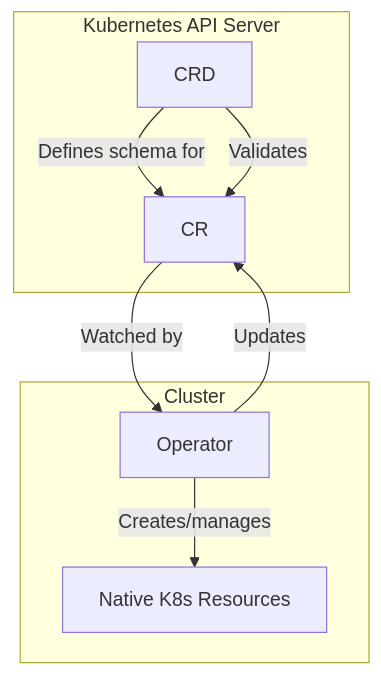
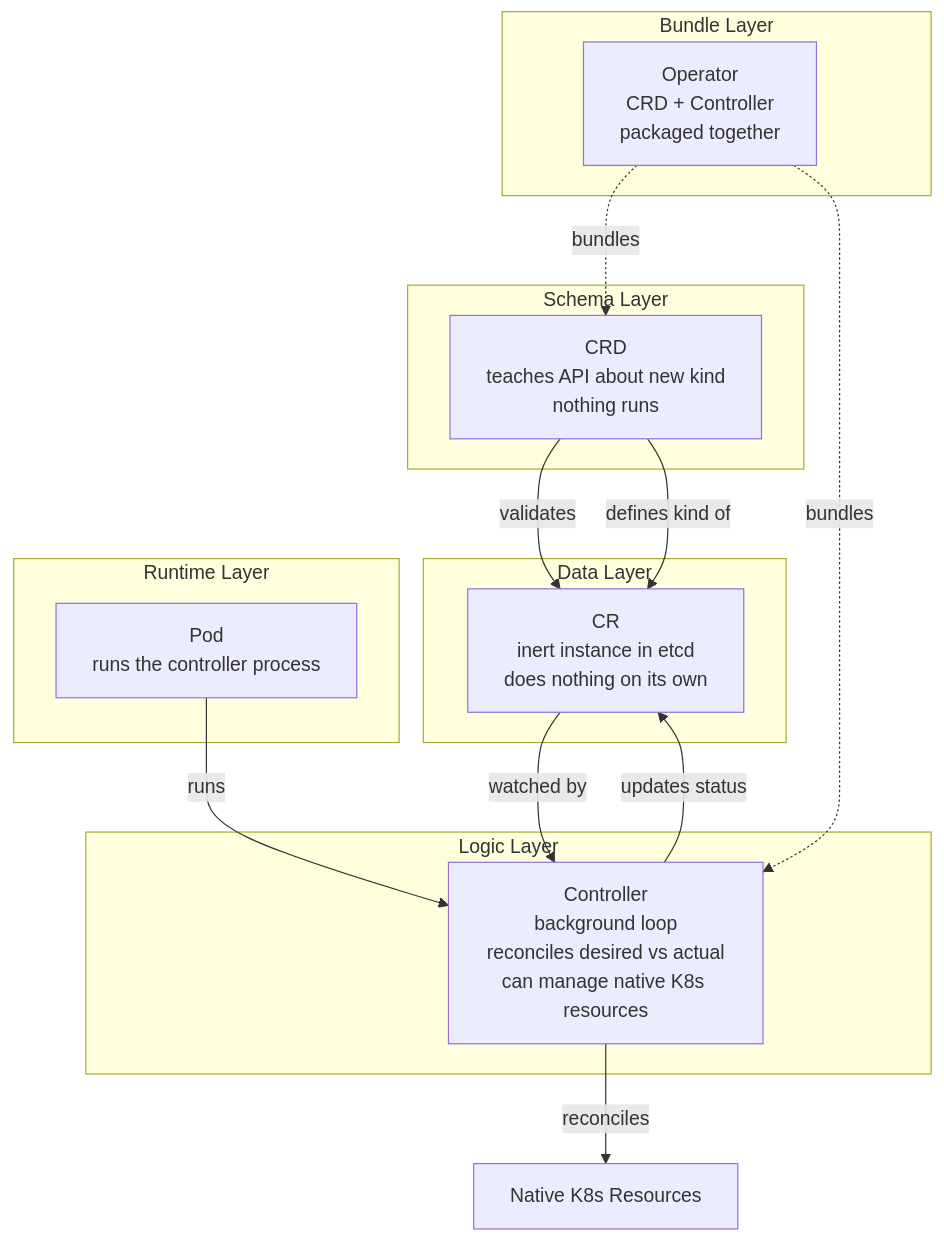
One commit to MattiaFanan/k8s-notes changed the diagram in 12-crds-operators/2-mechanics/04-relationship.md. Above: the diagram before and after it, drawn with Mermaid. The commit also changed other lines of this file and 8 other files, not shown here.

````diff
--- a/12-crds-operators/2-mechanics/04-relationship.md
+++ b/12-crds-operators/2-mechanics/04-relationship.md
@@ -65,18 +42,31 @@
 ```mermaid
 flowchart TD
-    A[CRD] -->|Defines schema for| B[CR]
-    B -->|Watched by| C[Operator]
-    C -->|Creates/manages| D[Native K8s Resources]
-    C -->|Updates| B
-    A -->|Validates| B
-
-    subgraph "Kubernetes API Server"
-        A
-        B
+    subgraph "Schema Layer"
+        CRD[CRD<br/>teaches API about new kind<br/>nothing runs]
     end
 
-    subgraph "Cluster"
-        C
-        D
+    subgraph "Data Layer"
+        CR[CR<br/>inert instance in etcd<br/>does nothing on its own]
     end
+
+    subgraph "Logic Layer"
+        CTRL[Controller<br/>background loop<br/>reconciles desired vs actual<br/>can manage native K8s resources]
+    end
+
+    subgraph "Runtime Layer"
+        POD[Pod<br/>runs the controller process]
+    end
+
+    subgraph "Bundle Layer"
+        OP[Operator<br/>CRD + Controller<br/>packaged together]
+    end
+
+    CRD -->|validates| CR
+    CRD -->|defines kind of| CR
+    CR -->|watched by| CTRL
+    CTRL -->|updates status| CR
+    CTRL -->|reconciles| NATIVE[Native K8s Resources]
+    POD -->|runs| CTRL
+    OP -.->|bundles| CRD
+    OP -.->|bundles| CTRL
 ```
````
